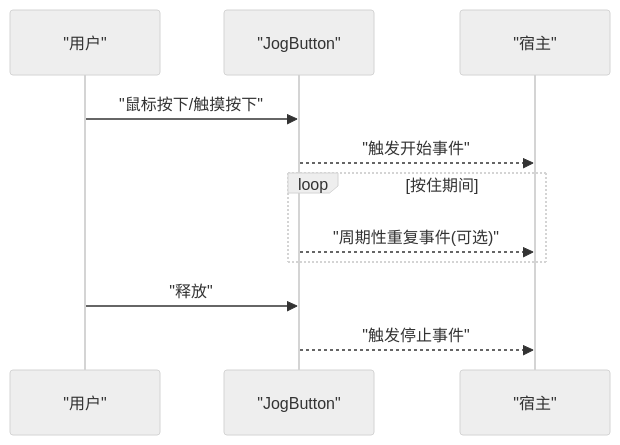
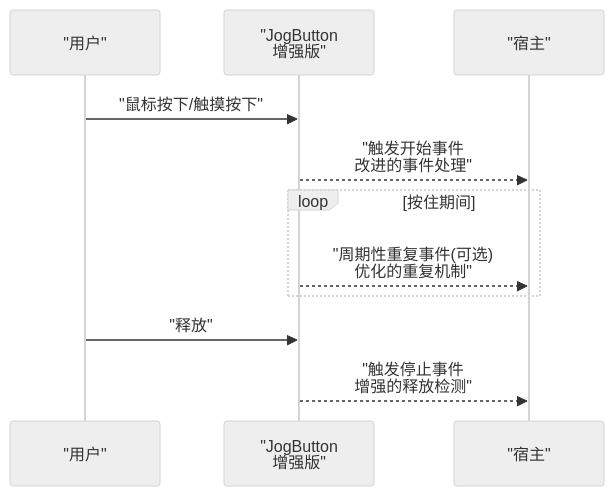
Before and after one commit to fuweiq94-cloud/3399180760: the fifth of 9 diagrams in .qoder/repowiki/zh/content/API参考文档/控件库API.md, drawn with Mermaid (neutral theme). The commit also changed other lines of this file and 22 other files, not shown here.

````diff
--- a/.qoder/repowiki/zh/content/API参考文档/控件库API.md
+++ b/.qoder/repowiki/zh/content/API参考文档/控件库API.md
@@ -285,13 +322,13 @@
 ```mermaid
 sequenceDiagram
 participant User as "用户"
-participant Btn as "JogButton"
+participant Btn as "JogButton<br/>增强版"
 participant Host as "宿主"
 User->>Btn : "鼠标按下/触摸按下"
-Btn-->>Host : "触发开始事件"
+Btn-->>Host : "触发开始事件<br/>改进的事件处理"
 loop 按住期间
-Btn-->>Host : "周期性重复事件(可选)"
+Btn-->>Host : "周期性重复事件(可选)<br/>优化的重复机制"
 end
 User->>Btn : "释放"
-Btn-->>Host : "触发停止事件"
+Btn-->>Host : "触发停止事件<br/>增强的释放检测"
 ```
````
